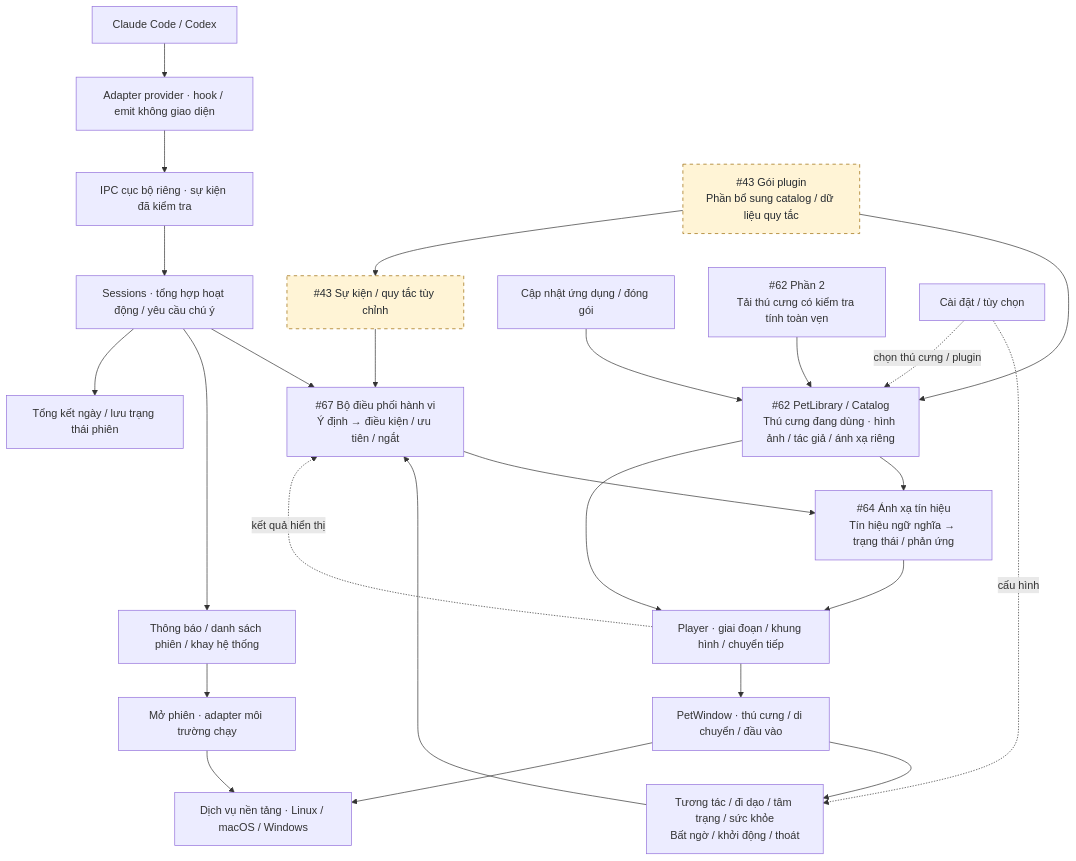
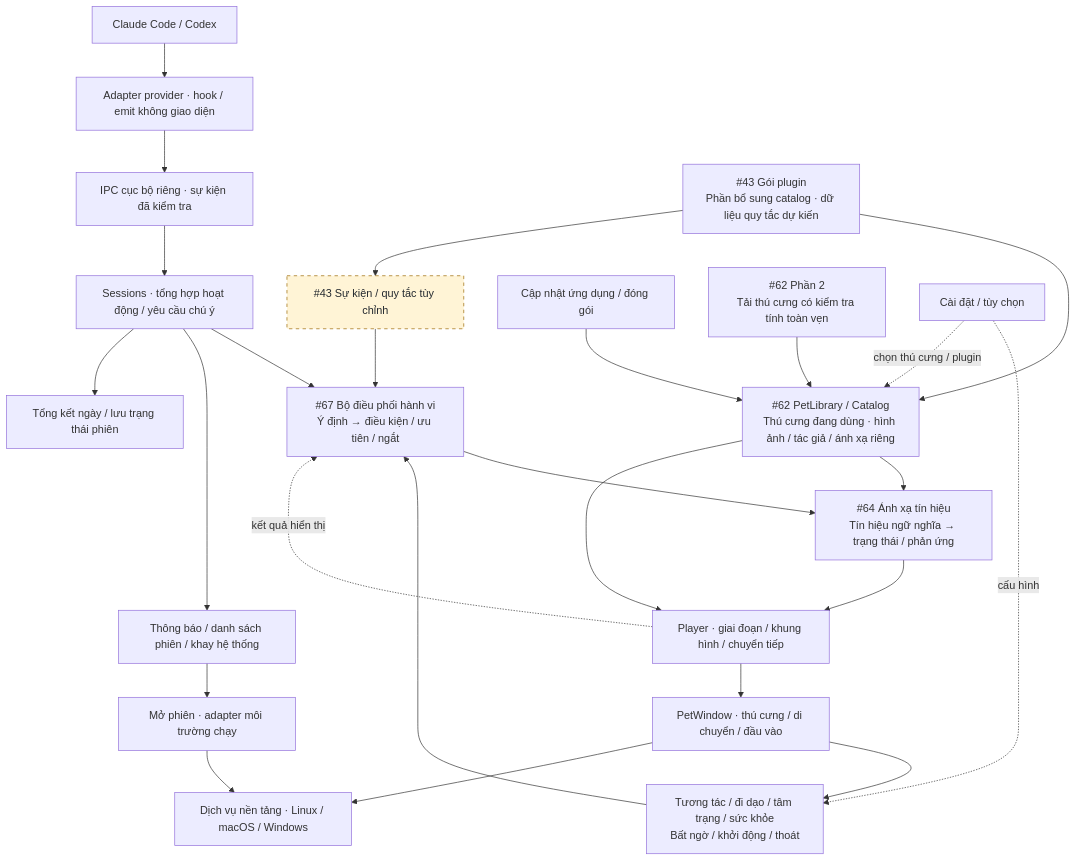
Before and after one commit to WindyWin/vpet-agent-pet: the first of 2 diagrams in README.vi.md, drawn with Mermaid. The commit also changed other lines of this file and 31 other files, not shown here.

First line of the commit message:
Add plugin packs: catalog fragments merged into a pet (#43 phase 1)

````diff
--- a/README.vi.md
+++ b/README.vi.md
@@ -218,32 +219,32 @@
 ```mermaid
 flowchart TB
   agents["Claude Code / Codex"] --> input["Adapter provider · hook / emit không giao diện"]
   input --> ipc["IPC cục bộ riêng · sự kiện đã kiểm tra"]
   ipc --> sessions["Sessions · tổng hợp hoạt động / yêu cầu chú ý"]
   sessions --> runtime["#67 Bộ điều phối hành vi<br/>Ý định → điều kiện / ưu tiên / ngắt"]
   life["Tương tác / đi dạo / tâm trạng / sức khỏe<br/>Bất ngờ / khởi động / thoát"] --> runtime
   custom["#43 Sự kiện / quy tắc tùy chỉnh"] --> runtime
   runtime --> cues["#64 Ánh xạ tín hiệu<br/>Tín hiệu ngữ nghĩa → trạng thái / phản ứng"]
   cues --> player["Player · giai đoạn / khung hình / chuyển tiếp"]
   player --> window["PetWindow · thú cưng / di chuyển / đầu vào"]
   player -. kết quả hiển thị .-> runtime
   window --> life
 
   sessions --> alerts["Thông báo / danh sách phiên / khay hệ thống"]
   alerts --> focus["Mở phiên · adapter môi trường chạy"]
   focus --> platform["Dịch vụ nền tảng · Linux / macOS / Windows"]
   window --> platform
   sessions --> recap["Tổng kết ngày / lưu trạng thái phiên"]
 
   packs["#62 PetLibrary / Catalog<br/>Thú cưng đang dùng · hình ảnh / tác giả / ánh xạ riêng"] --> cues
   packs --> player
-  plugins["#43 Gói plugin<br/>Phần bổ sung catalog / dữ liệu quy tắc"] --> packs
+  plugins["#43 Gói plugin<br/>Phần bổ sung catalog · dữ liệu quy tắc dự kiến"] --> packs
   plugins --> custom
   updates["Cập nhật ứng dụng / đóng gói"] --> packs
   downloads["#62 Phần 2<br/>Tải thú cưng có kiểm tra tính toàn vẹn"] --> packs
   settings["Cài đặt / tùy chọn"] -. cấu hình .-> life
   settings -. chọn thú cưng / plugin .-> packs
 
   classDef planned fill:#fff4d6,stroke:#9a6700,stroke-dasharray:5 5,color:#24292f
-  class custom,plugins planned
+  class custom planned
 ```
````
